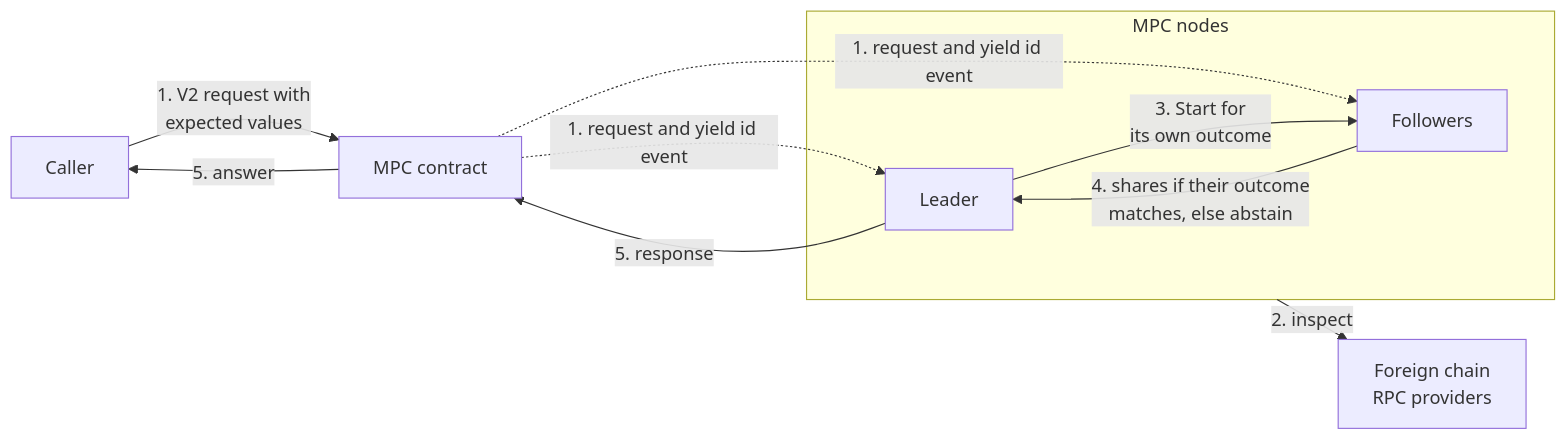
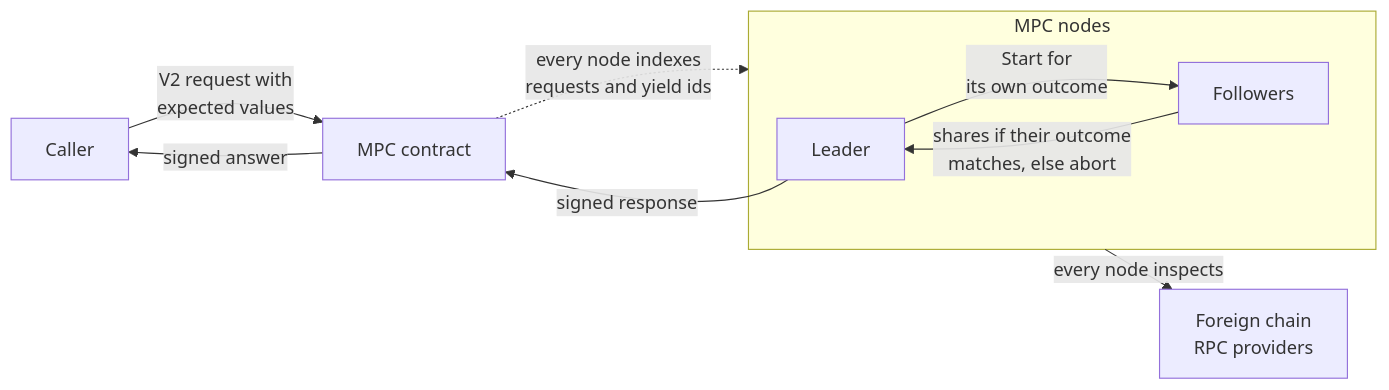
The diagram in docs/design/signed-foreign-transaction-outcomes/attachments/overview.mmd (near/mpc), drawn with Mermaid before and after one commit. The commit also changed 2 other files, not shown here.

Commit message:
docs: note the Read RPC name and redraw the overview in the signed outcomes design
The doc notes that the new method is named read_rpc and keeps calling it V2 for comparison with V1. The overview figure shows the relations between caller, contract, leader, followers and providers without step numbers, and the summary and the backup leader definition are shorter.

```diff
--- a/docs/design/signed-foreign-transaction-outcomes/attachments/overview.mmd
+++ b/docs/design/signed-foreign-transaction-outcomes/attachments/overview.mmd
@@ -1,11 +1,10 @@
 flowchart LR
-    C["Caller"] -->|"1. V2 request with<br/>expected values"| K["MPC contract"]
-    K -->|"5. answer"| C
-    K -.->|"1. request and yield id event"| L
-    K -.->|"1. request and yield id event"| F
+    C["Caller"] -->|"V2 request with<br/>expected values"| K["MPC contract"]
+    K -->|"signed answer"| C
+    K -.->|"every node indexes<br/>requests and yield ids"| N
     subgraph N["MPC nodes"]
-        L["Leader"] -->|"3. Start for<br/>its own outcome"| F["Followers"]
-        F -->|"4. shares if their outcome<br/>matches, else abstain"| L
+        L["Leader"] -->|"Start for<br/>its own outcome"| F["Followers"]
+        F -->|"shares if their outcome<br/>matches, else abort"| L
     end
-    N -->|"2. inspect"| P["Foreign chain<br/>RPC providers"]
-    L -->|"5. response"| K
+    N -->|"every node inspects"| P["Foreign chain<br/>RPC providers"]
+    L -->|"signed response"| K
```
